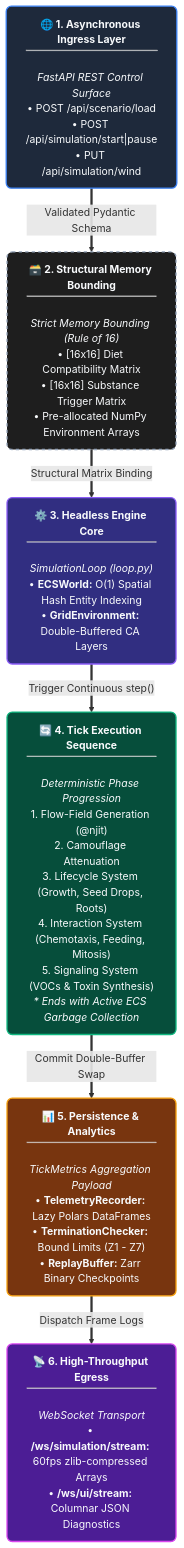
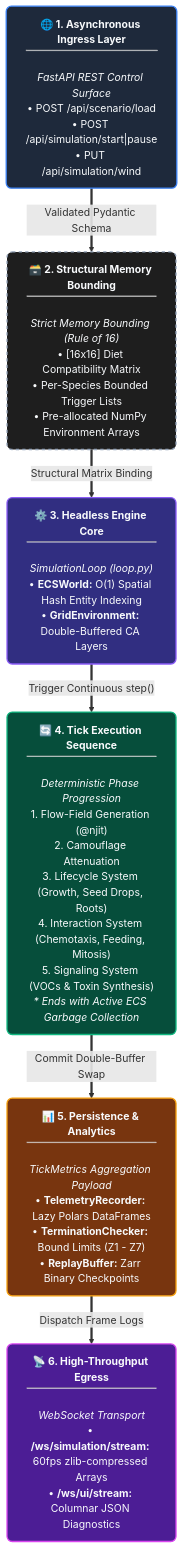
Before and after one commit to foersben/PHIDS: the second of 3 diagrams in docs/technical_architecture/system_architecture.md, drawn with Mermaid.

Commit message:
📜 Canon [Docs Sync]: Update system_architecture.md to reflect active implementation

````diff
--- a/docs/technical_architecture/system_architecture.md
+++ b/docs/technical_architecture/system_architecture.md
@@ -107,35 +107,35 @@
 ```mermaid
 flowchart TD
     %% Base Styling & Theme Definitions
     classDef ingress fill:#1E293B, stroke:#3B82F6, stroke-width:2px, color:#F8FAFC, rx:8px, ry:8px
     classDef constraint fill:#1e1e1e, stroke:#94A3B8, stroke-width:2px, stroke-dasharray: 5 5, color:#F8FAFC, rx:8px, ry:8px
     classDef core fill:#312E81, stroke:#8B5CF6, stroke-width:2px, color:#F8FAFC, rx:8px, ry:8px
     classDef tick fill:#064E3B, stroke:#10B981, stroke-width:2px, color:#F8FAFC, rx:8px, ry:8px
     classDef telemetry fill:#78350F, stroke:#F59E0B, stroke-width:2px, color:#F8FAFC, rx:8px, ry:8px
     classDef egress fill:#4C1D95, stroke:#D946EF, stroke-width:2px, color:#F8FAFC, rx:8px, ry:8px
 
     %% 1. API INGRESS
     A["<b>🌐 1. Asynchronous Ingress Layer</b><br/><hr style='border:1px solid #3B82F6; margin: 4px 0;'/><br/><i>FastAPI REST Control Surface</i><br/>• POST /api/scenario/load<br/>• POST /api/simulation/start|pause<br/>• PUT /api/simulation/wind"]:::ingress
 
     %% 2. STRUCTURAL CONSTRAINTS
-    B["<b>🗃️ 2. Structural Memory Bounding</b><br/><hr style='border:1px solid #94A3B8; margin: 4px 0;'/><br/><i>Strict Memory Bounding (Rule of 16)</i><br/>• [16x16] Diet Compatibility Matrix<br/>• [16x16] Substance Trigger Matrix<br/>• Pre-allocated NumPy Environment Arrays"]:::constraint
+    B["<b>🗃️ 2. Structural Memory Bounding</b><br/><hr style='border:1px solid #94A3B8; margin: 4px 0;'/><br/><i>Strict Memory Bounding (Rule of 16)</i><br/>• [16x16] Diet Compatibility Matrix<br/>• Per-Species Bounded Trigger Lists<br/>• Pre-allocated NumPy Environment Arrays"]:::constraint
 
     %% 3. ENGINE CORE
     C["<b>⚙️ 3. Headless Engine Core</b><br/><hr style='border:1px solid #8B5CF6; margin: 4px 0;'/><br/><i>SimulationLoop (loop.py)</i><br/>• <b>ECSWorld:</b> O(1) Spatial Hash Entity Indexing<br/>• <b>GridEnvironment:</b> Double-Buffered CA Layers"]:::core
 
     %% 4. EXECUTION PIPELINE
     D["<b>🔄 4. Tick Execution Sequence</b><br/><hr style='border:1px solid #10B981; margin: 4px 0;'/><br/><i>Deterministic Phase Progression</i><br/>1. Flow-Field Generation (@njit)<br/>2. Camouflage Attenuation<br/>3. Lifecycle System (Growth, Seed Drops, Roots)<br/>4. Interaction System (Chemotaxis, Feeding, Mitosis)<br/>5. Signaling System (VOCs & Toxin Synthesis)<br/><i>* Ends with Active ECS Garbage Collection</i>"]:::tick
 
     %% 5. PERSISTENCE & ANALYTICS
     E["<b>📊 5. Persistence & Analytics</b><br/><hr style='border:1px solid #F59E0B; margin: 4px 0;'/><br/><i>TickMetrics Aggregation Payload</i><br/>• <b>TelemetryRecorder:</b> Lazy Polars DataFrames<br/>• <b>TerminationChecker:</b> Bound Limits (Z1 - Z7)<br/>• <b>ReplayBuffer:</b> Zarr Binary Checkpoints"]:::telemetry
 
     %% 6. EGRESS SURFACES
     F["<b>📡 6. High-Throughput Egress</b><br/><hr style='border:1px solid #D946EF; margin: 4px 0;'/><br/><i>WebSocket Transport</i><br/>• <b>/ws/simulation/stream:</b> 60fps zlib-compressed Arrays<br/>• <b>/ws/ui/stream:</b> Columnar JSON Diagnostics"]:::egress
 
     %% The Central Pipeline Spine
     A == Validated Pydantic Schema ==> B
     B == Structural Matrix Binding ==> C
     C == Trigger Continuous step() ==> D
     D == Commit Double-Buffer Swap ==> E
     E == Dispatch Frame Logs ==> F
 ```
````
